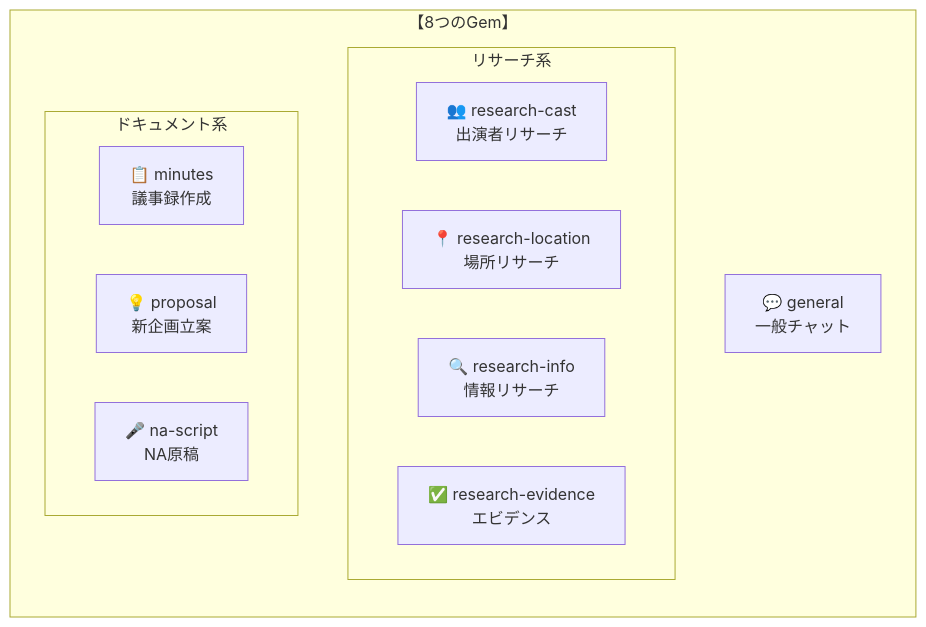
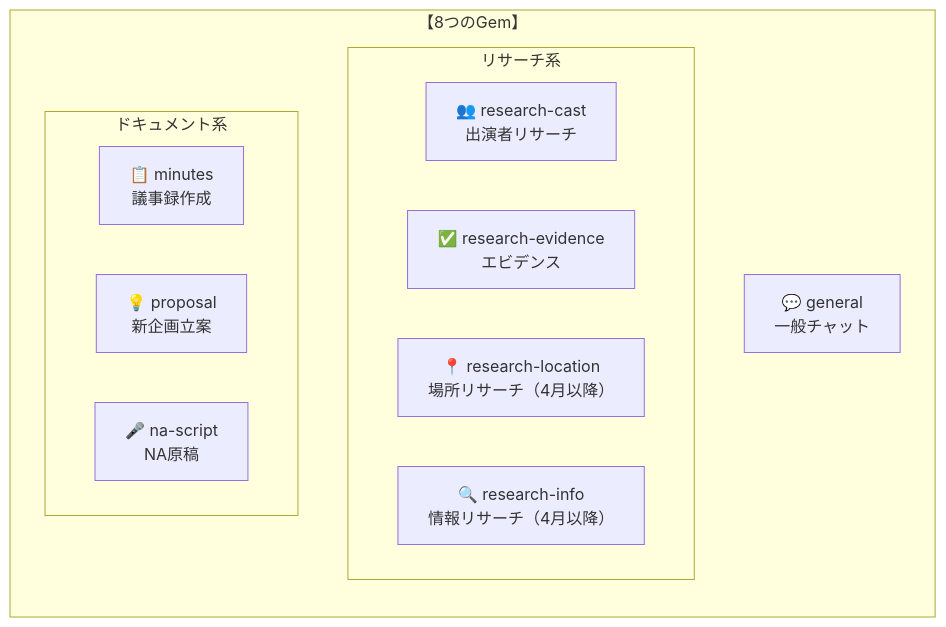
Before and after one commit to langcore-org/united-productions-web: diagram 16 of 27 in docs/specs/architecture/code-structure-mermaid.md, drawn with Mermaid. The commit also changed 23 other files, not shown here.

````diff
--- a/docs/specs/architecture/code-structure-mermaid.md
+++ b/docs/specs/architecture/code-structure-mermaid.md
@@ -774,21 +774,21 @@
 ```mermaid
 graph LR
     subgraph "【8つのGem】"
         direction TB
 
         GENERAL["💬 general<br/>一般チャット"]
 
         subgraph "リサーチ系"
             RCAST["👥 research-cast<br/>出演者リサーチ"]
-            RLOC["📍 research-location<br/>場所リサーチ"]
-            RINFO["🔍 research-info<br/>情報リサーチ"]
             REVI["✅ research-evidence<br/>エビデンス"]
+            RLOC["📍 research-location<br/>場所リサーチ（4月以降）"]
+            RINFO["🔍 research-info<br/>情報リサーチ（4月以降）"]
         end
 
         subgraph "ドキュメント系"
             MINUTES["📋 minutes<br/>議事録作成"]
             PROPOSAL["💡 proposal<br/>新企画立案"]
             NASCRIPT["🎤 na-script<br/>NA原稿"]
         end
     end
 ```
````
